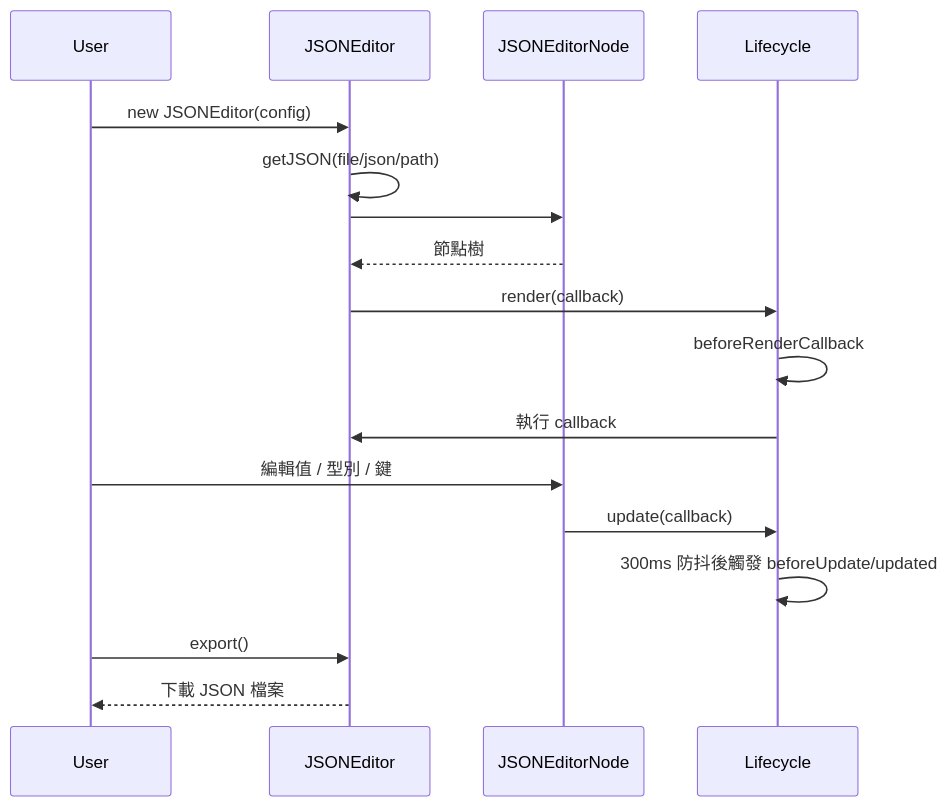
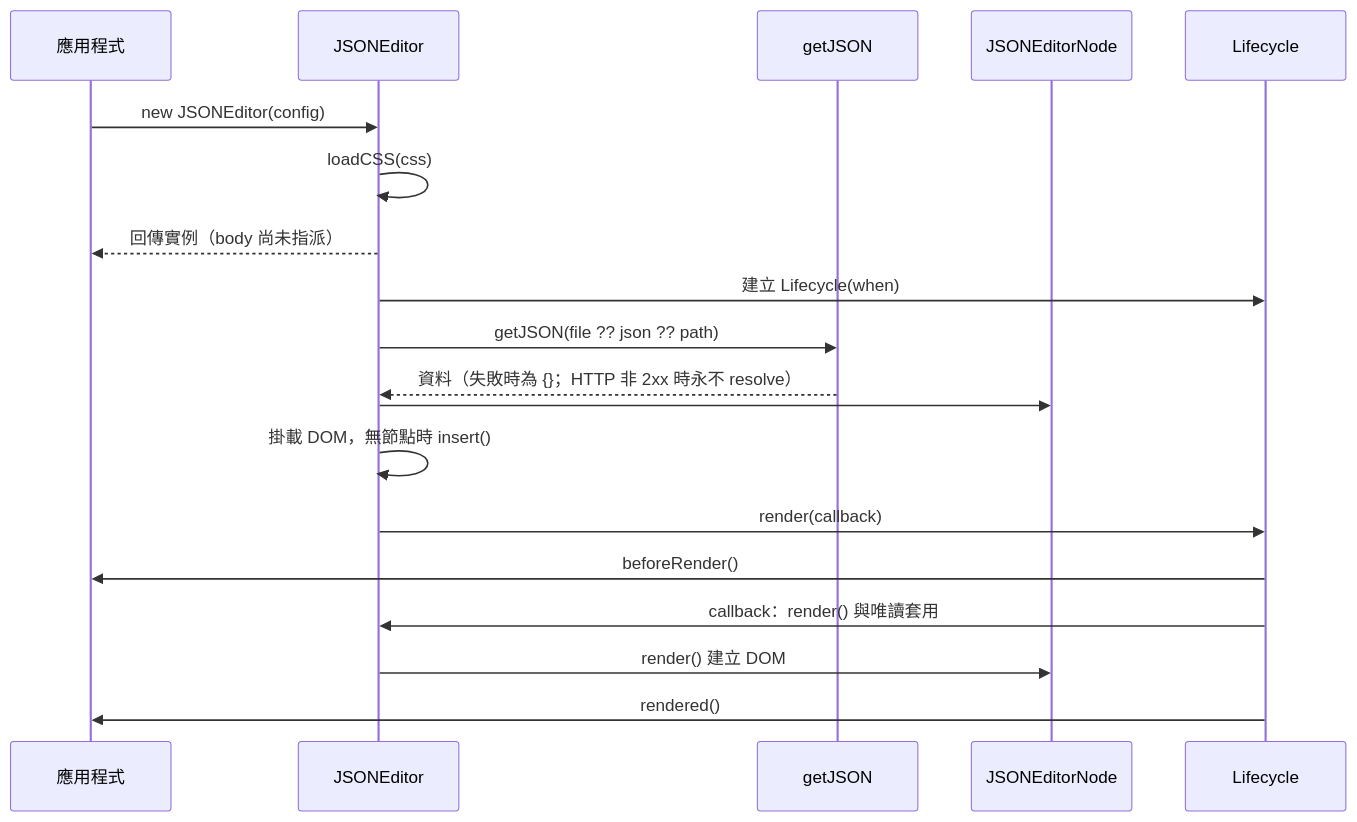
Before and after one commit to pardnchiu/NanoJSON: the sixth of 9 diagrams in doc/architecture.zh.md, drawn with Mermaid. The commit also changed other lines of this file and 8 other files, not shown here.

Commit message:
doc: Regenerate bilingual README, docs, and architecture per latest skill spec

````diff
--- a/doc/architecture.zh.md
+++ b/doc/architecture.zh.md
@@ -76,19 +160,21 @@
 ```mermaid
 sequenceDiagram
-    participant User
-    participant JSONEditor
-    participant JSONEditorNode
-    participant Lifecycle
-    User->>JSONEditor: new JSONEditor(config)
-    JSONEditor->>JSONEditor: getJSON(file/json/path)
-    JSONEditor->>JSONEditorNode: #jsonToChildren(data)
-    JSONEditorNode-->>JSONEditor: 節點樹
-    JSONEditor->>Lifecycle: render(callback)
-    Lifecycle->>Lifecycle: beforeRenderCallback
-    Lifecycle->>JSONEditor: 執行 callback
-    User->>JSONEditorNode: 編輯值 / 型別 / 鍵
-    JSONEditorNode->>Lifecycle: update(callback)
-    Lifecycle->>Lifecycle: 300ms 防抖後觸發 beforeUpdate/updated
-    User->>JSONEditor: export()
-    JSONEditor-->>User: 下載 JSON 檔案
+    participant App as 應用程式
+    participant E as JSONEditor
+    participant G as getJSON
+    participant N as JSONEditorNode
+    participant L as Lifecycle
+    App->>E: new JSONEditor(config)
+    E->>E: loadCSS(css)
+    E-->>App: 回傳實例（body 尚未指派）
+    E->>L: 建立 Lifecycle(when)
+    E->>G: getJSON(file ?? json ?? path)
+    G-->>E: 資料（失敗時為 {}；HTTP 非 2xx 時永不 resolve）
+    E->>N: #jsonToChildren 建立節點樹
+    E->>E: 掛載 DOM，無節點時 insert()
+    E->>L: render(callback)
+    L->>App: beforeRender()
+    L->>E: callback：render() 與唯讀套用
+    E->>N: render() 建立 DOM
+    L->>App: rendered()
 ```
````
